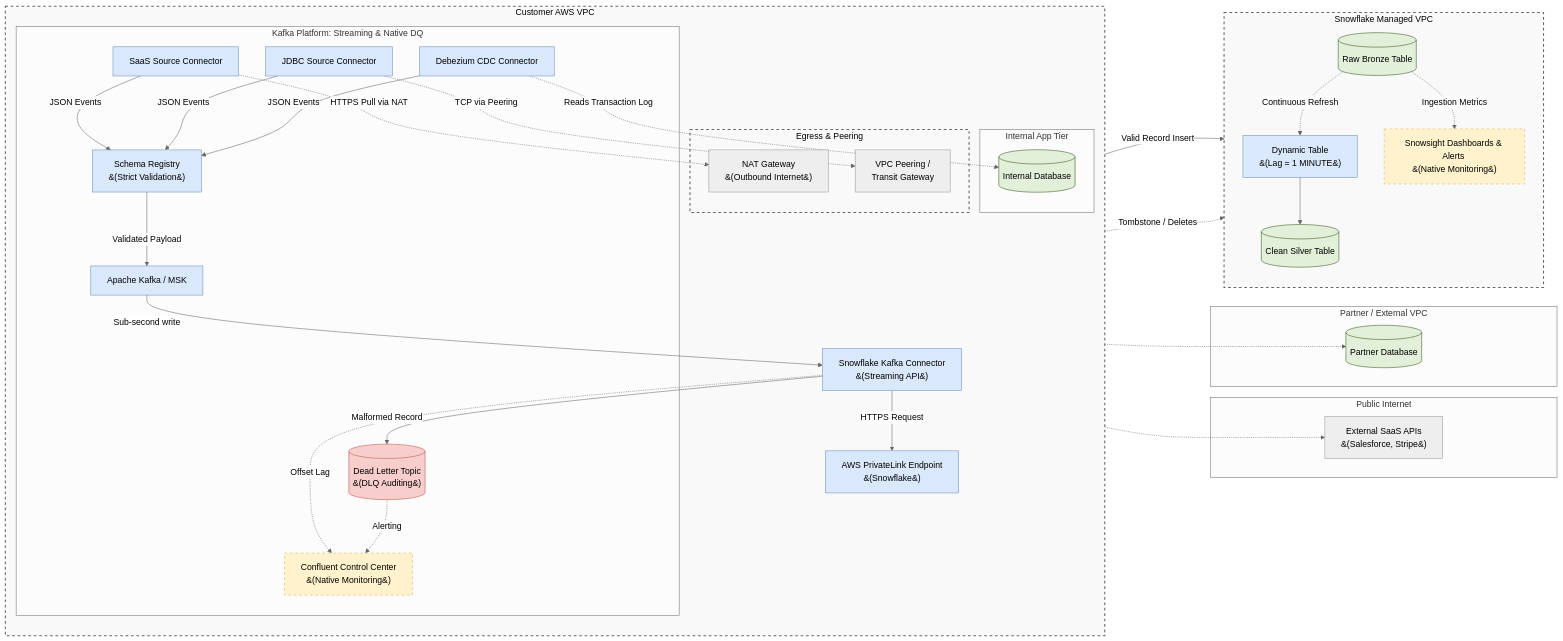
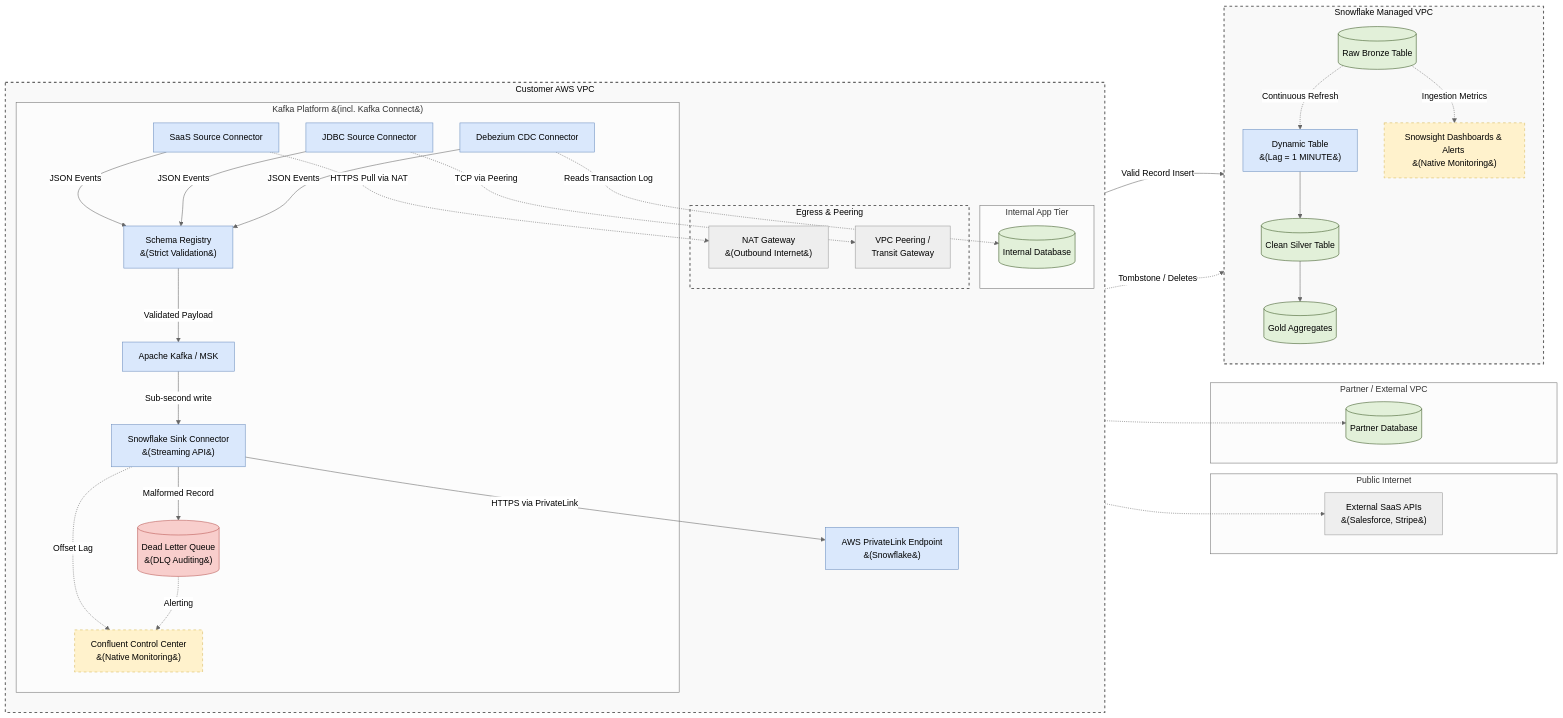
The diagram in snowflake/realtime_streaming_architecture_document.md (toanbui626391/data_architect), drawn with Mermaid (neutral theme) before and after one commit. The commit also changed other lines of this file, not shown here.

```diff
--- a/snowflake/realtime_streaming_architecture_document.md
+++ b/snowflake/realtime_streaming_architecture_document.md
@@ -43,17 +43,17 @@
             TG["VPC Peering / <br>Transit Gateway"]
         end
         
-        subgraph MessageBus [Kafka Platform: Streaming & Native DQ]
+        subgraph MessageBus [Kafka Platform &#40;incl. Kafka Connect&#41;]
             SaaSConn["SaaS Source Connector"]
             PartnerConn["JDBC Source Connector"]
             CDCConn["Debezium CDC Connector"]
             
             Registry["Schema Registry <br>&#40;Strict Validation&#41;"]
             Kafka["Apache Kafka / MSK"]
-            DLT[("Dead Letter Topic <br>&#40;DLQ Auditing&#41;")]
+            Connector["Snowflake Sink Connector <br>&#40;Streaming API&#41;"]
+            DLQ[("Dead Letter Queue <br>&#40;DLQ Auditing&#41;")]
             C3["Confluent Control Center <br>&#40;Native Monitoring&#41;"]
         end
-        Connector["Snowflake Kafka Connector <br>&#40;Streaming API&#41;"]
         VPCE["AWS PrivateLink Endpoint <br>&#40;Snowflake&#41;"]
     end
 
@@ -62,6 +62,7 @@
         Table[("Raw Bronze Table")]
         DT["Dynamic Table <br>&#40;Lag = 1 MINUTE&#41;"]
         Silver[("Clean Silver Table")]
+        Gold[("Gold Aggregates")]
         Snowsight["Snowsight Dashboards & Alerts <br>&#40;Native Monitoring&#41;"]
     end
 
@@ -80,21 +81,22 @@
     CDCConn -->|JSON Events| Registry
     
     Registry -->|Validated Payload| Kafka
+    Kafka -->|Sub-second write| Connector
+    Connector -->|HTTPS via PrivateLink| VPCE
     
-    Kafka -->|Sub-second write| Connector
-    Connector -->|HTTPS Request| VPCE
-    
-    %% Handling Discrepancies at the Connector
-    Connector -->|Malformed Record| DLT
+    %% Error Handling
+    Connector -->|Malformed Record| DLQ
     VPCE -->|Valid Record Insert| Table
     VPCE -.->|Tombstone / Deletes| Table
     
+    %% Downstream
     Table -.->|Continuous Refresh| DT
     DT --> Silver
+    Silver --> Gold
     
     %% Native Observability Links
     Connector -.->|Offset Lag| C3
-    DLT -.->|Alerting| C3
+    DLQ -.->|Alerting| C3
     Table -.->|Ingestion Metrics| Snowsight
 
     %% Styling
@@ -104,8 +106,8 @@
     classDef monitor fill:#fff2cc,stroke:#d6b656,stroke-width:1px,color:#000,stroke-dasharray: 5 5;
     classDef network fill:#f9f9f9,stroke:#666,stroke-width:2px,color:#000,stroke-dasharray: 5 5;
     
-    class Table,Silver,InternalDB,PartnerDB storage;
-    class DLT bad;
+    class Table,Silver,Gold,InternalDB,PartnerDB storage;
+    class DLQ bad;
     class Connector,DT,Registry,Kafka,VPCE,SaaSConn,PartnerConn,CDCConn process;
     class C3,Snowsight monitor;
     class CustomerVPC,Snowflake,NetworkEgress network;
```
